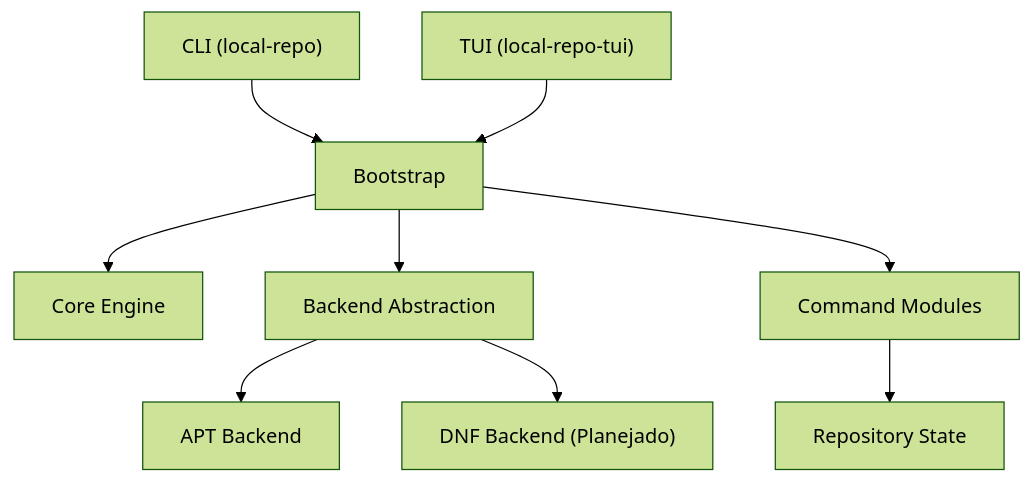
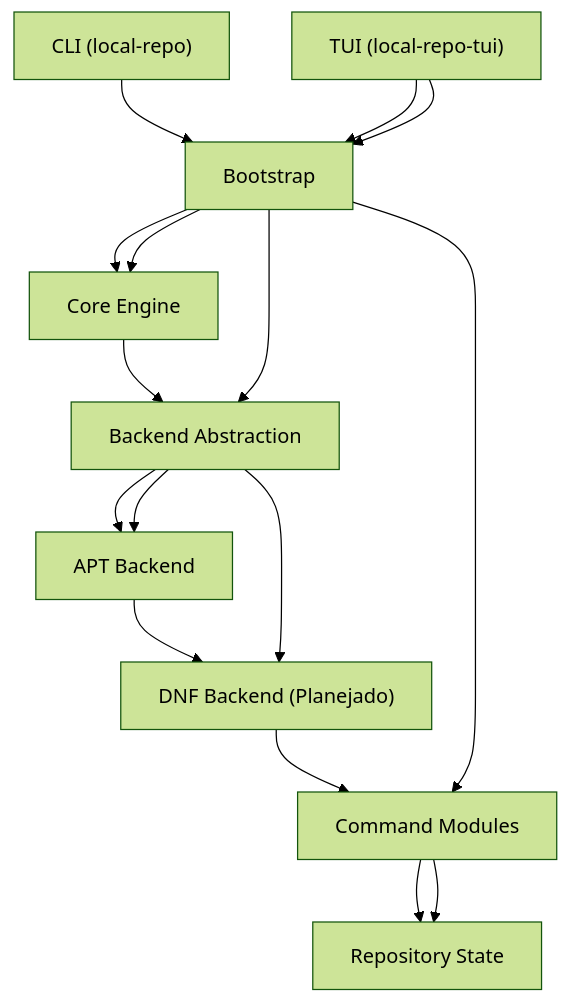
One commit to rulestux/local-repo changed the first of 6 diagrams in README.md. Above: the diagram before and after it, drawn with Mermaid (forest theme).

````diff
--- a/README.md
+++ b/README.md
@@ -955,32 +955,32 @@
 ```mermaid
 flowchart TD
 
 CLI["CLI (local-repo)"]
 TUI["TUI (local-repo-tui)"]
 
-BOOT["Bootstrap"]
+--> BOOT["Bootstrap"]
 
-CORE["Core Engine"]
+--> CORE["Core Engine"]
 
-BACKEND["Backend Abstraction"]
+--> BACKEND["Backend Abstraction"]
 
-APT["APT Backend"]
+--> APT["APT Backend"]
 
-DNF["DNF Backend (Planejado)"]
+--> DNF["DNF Backend (Planejado)"]
 
-COMMANDS["Command Modules"]
+--> COMMANDS["Command Modules"]
 
-STATE["Repository State"]
+--> STATE["Repository State"]
 
 CLI --> BOOT
 TUI --> BOOT
 
 BOOT --> CORE
 BOOT --> BACKEND
 BOOT --> COMMANDS
 
 BACKEND --> APT
 BACKEND --> DNF
 
 COMMANDS --> STATE
 ```
````
